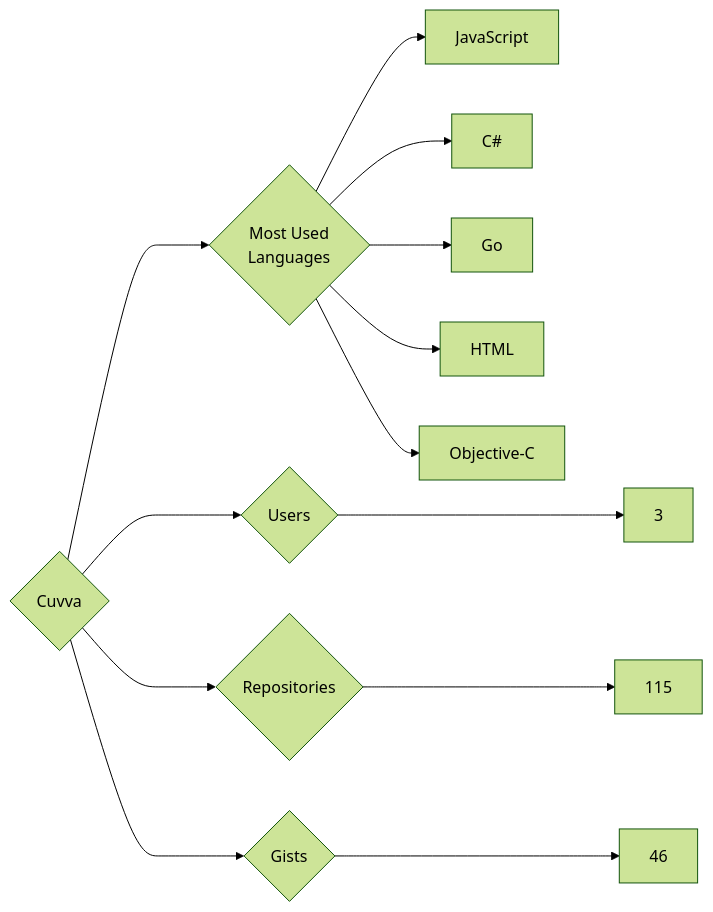
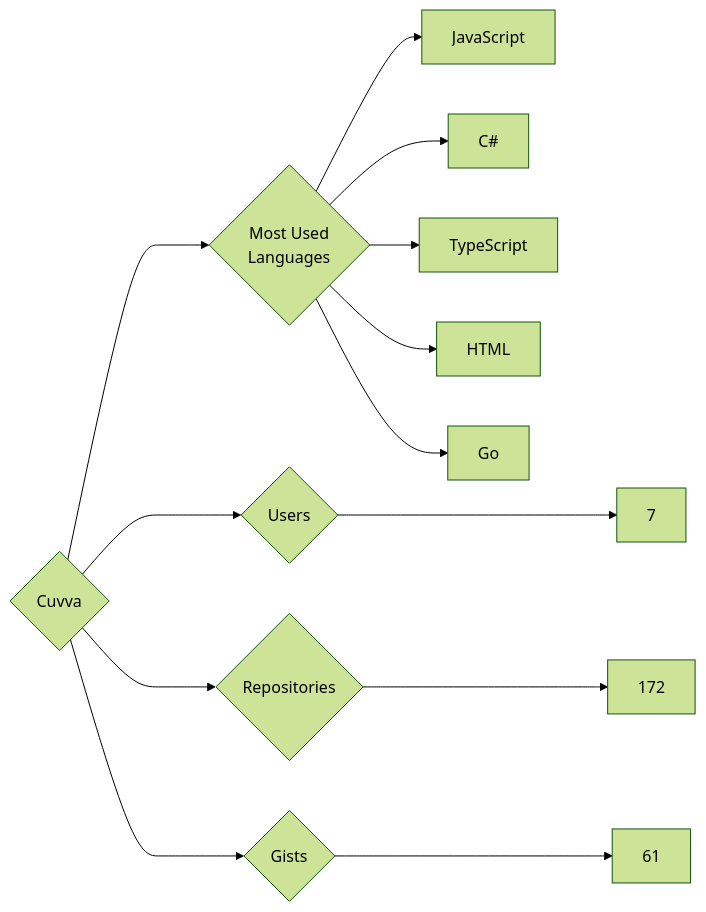
The diagram in targets/Cuvva/README.md (trickest/insiders), drawn with Mermaid (forest theme) before and after one commit. The commit also changed 782 other files, not shown here.

````diff
--- a/targets/Cuvva/README.md
+++ b/targets/Cuvva/README.md
@@ -3,13 +3,13 @@
 ```mermaid
 graph LR
 COMPANY_NAME{Cuvva}
-COMPANY_NAME ---> U{Users} ---> UN[3]
-COMPANY_NAME ---> R{Repositories} ---> RN[115]
-COMPANY_NAME ---> G{Gists} ---> GN[46]
+COMPANY_NAME ---> U{Users} ---> UN[7]
+COMPANY_NAME ---> R{Repositories} ---> RN[172]
+COMPANY_NAME ---> G{Gists} ---> GN[61]
 COMPANY_NAME ---> ML{Most Used<br>Languages}
 ML --> JavaScript[JavaScript]
 ML --> C#[C#]
+ML --> TypeScript[TypeScript]
+ML --> HTML[HTML]
 ML --> Go[Go]
-ML --> HTML[HTML]
-ML --> Objective-C[Objective-C]
 ```
````
